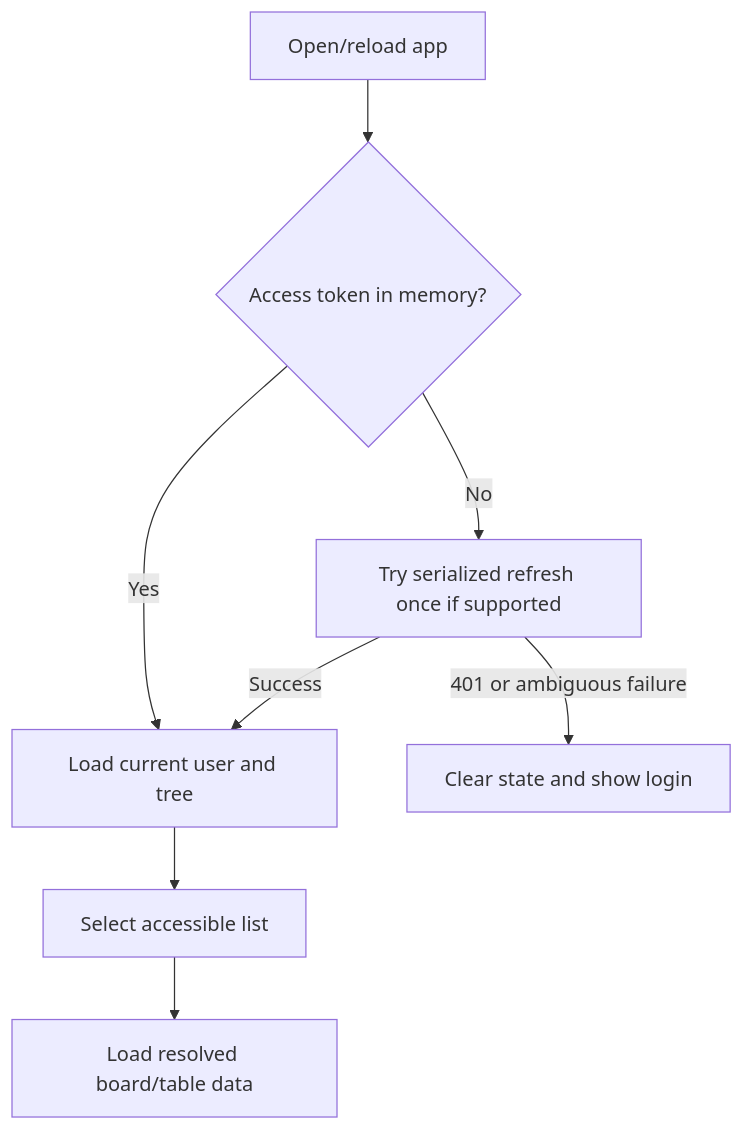
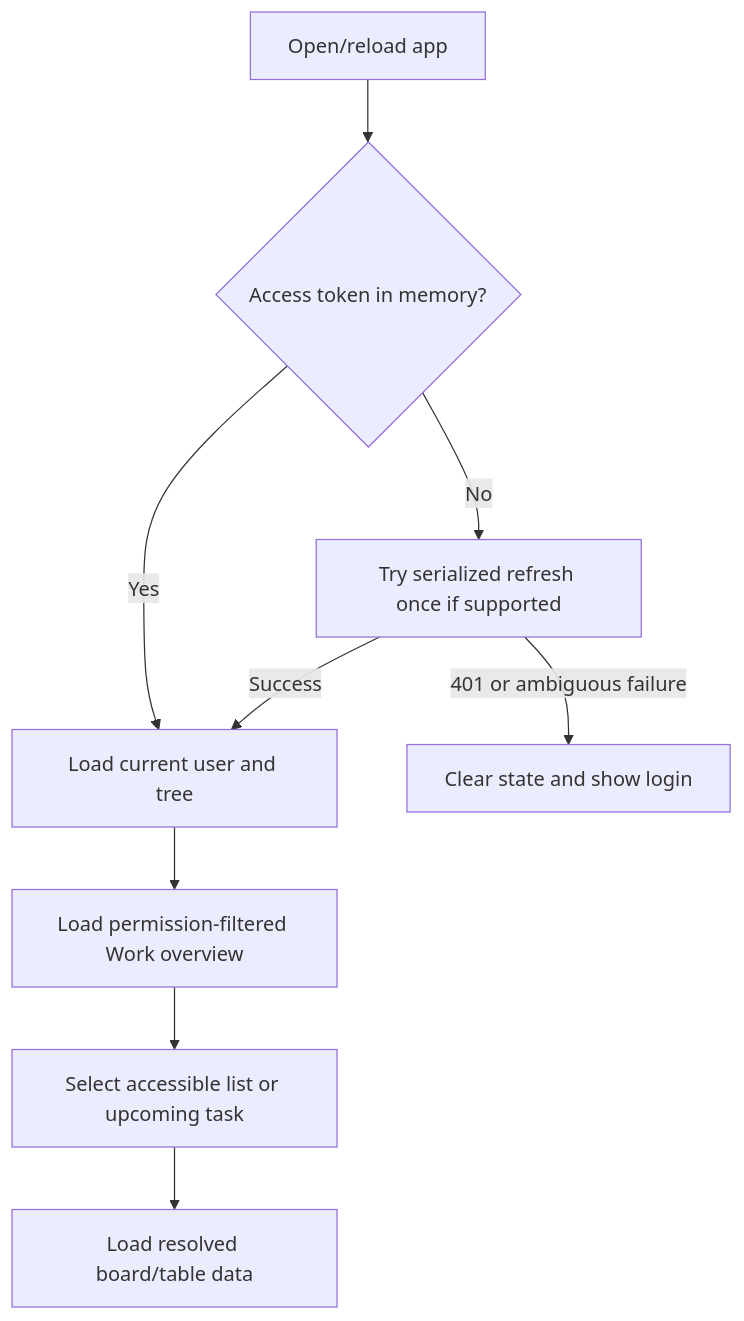
Before and after one commit to androizer/flowboard: the first of 4 diagrams in docs/modules/web-client.md, drawn with Mermaid. The commit also changed other lines of this file and 38 other files, not shown here.

````diff
--- a/docs/modules/web-client.md
+++ b/docs/modules/web-client.md
@@ -52,10 +55,11 @@
 ```mermaid
 flowchart TD
     Start["Open/reload app"] --> Token{"Access token in memory?"}
     Token -->|No| Cookie["Try serialized refresh once if supported"]
     Token -->|Yes| Me["Load current user and tree"]
     Cookie -->|Success| Me
     Cookie -->|401 or ambiguous failure| Login["Clear state and show login"]
-    Me --> List["Select accessible list"]
+    Me --> Home["Load permission-filtered Work overview"]
+    Home --> List["Select accessible list or upcoming task"]
     List --> Board["Load resolved board/table data"]
 ```
````
